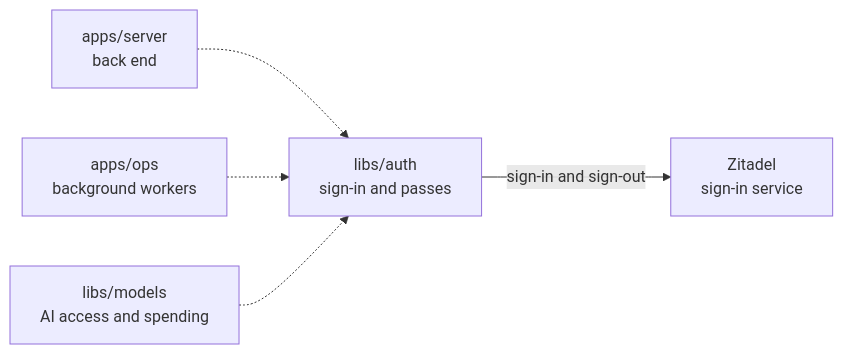
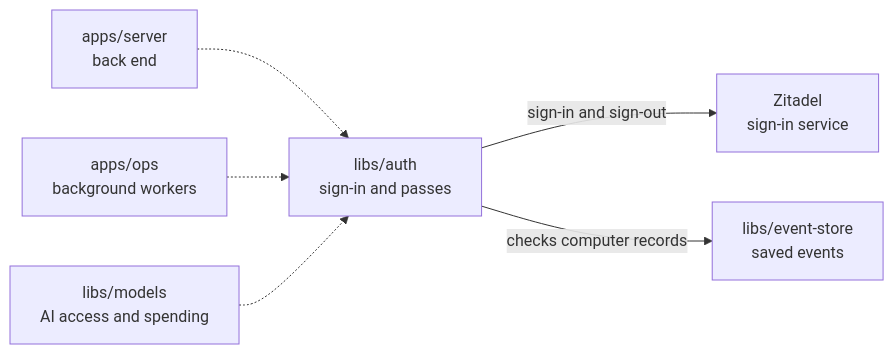
Before and after one commit to elewa-git/opencrane-new: the diagram in libs/auth/README.md, drawn with Mermaid. The commit also changed other lines of this file, not shown here.

Commit message:
📝 Show auth event-store link

````diff
--- a/libs/auth/README.md
+++ b/libs/auth/README.md
@@ -11,7 +11,8 @@
 ```mermaid
 flowchart LR
   server["apps/server<br/>back end"] -.-> auth["libs/auth<br/>sign-in and passes"]
   ops["apps/ops<br/>background workers"] -.-> auth
   models["libs/models<br/>AI access and spending"] -.-> auth
   auth -->|sign-in and sign-out| zitadel["Zitadel<br/>sign-in service"]
+  auth -->|checks computer records| events["libs/event-store<br/>saved events"]
 ```
````
